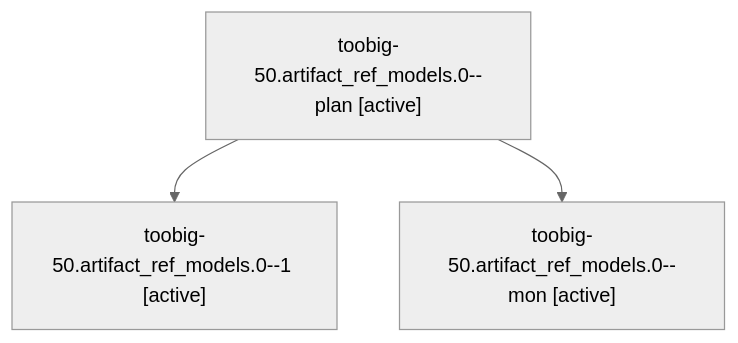
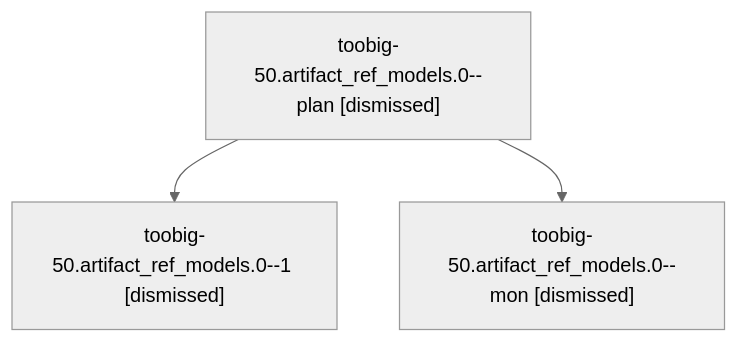
Before and after one commit to sase-org/sase--agents: the diagram in sessions/bbugyi200.athena.toobig-50.artifact_ref_models.0.md, drawn with Mermaid (neutral theme). The commit also changed other lines of this file and 78 other files, not shown here.

````diff
--- a/sessions/bbugyi200.athena.toobig-50.artifact_ref_models.0.md
+++ b/sessions/bbugyi200.athena.toobig-50.artifact_ref_models.0.md
@@ -9,8 +9,8 @@
 ```mermaid
 flowchart TD
-  n0["toobig-50.artifact_ref_models.0--plan [active]"]
-  n1["toobig-50.artifact_ref_models.0--1 [active]"]
+  n0["toobig-50.artifact_ref_models.0--plan [dismissed]"]
+  n1["toobig-50.artifact_ref_models.0--1 [dismissed]"]
   n0 --> n1
-  n2["toobig-50.artifact_ref_models.0--mon [active]"]
+  n2["toobig-50.artifact_ref_models.0--mon [dismissed]"]
   n0 --> n2
 ```
````
